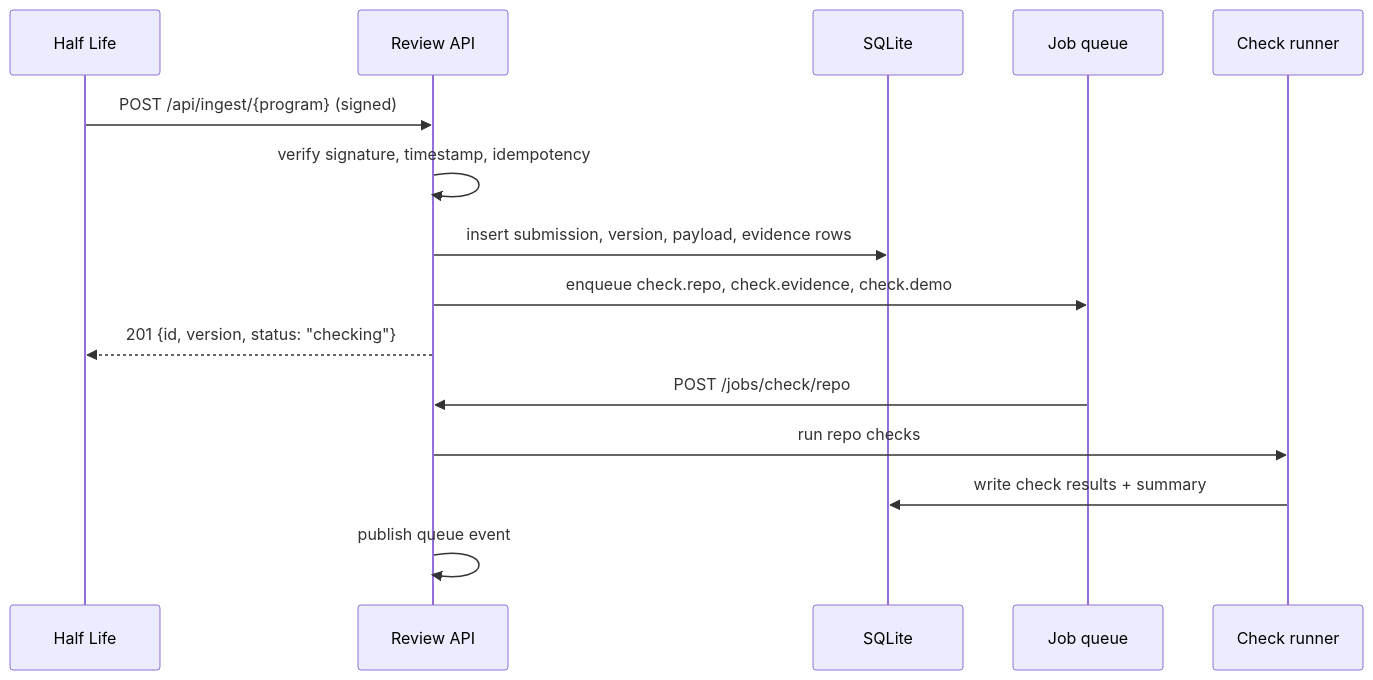
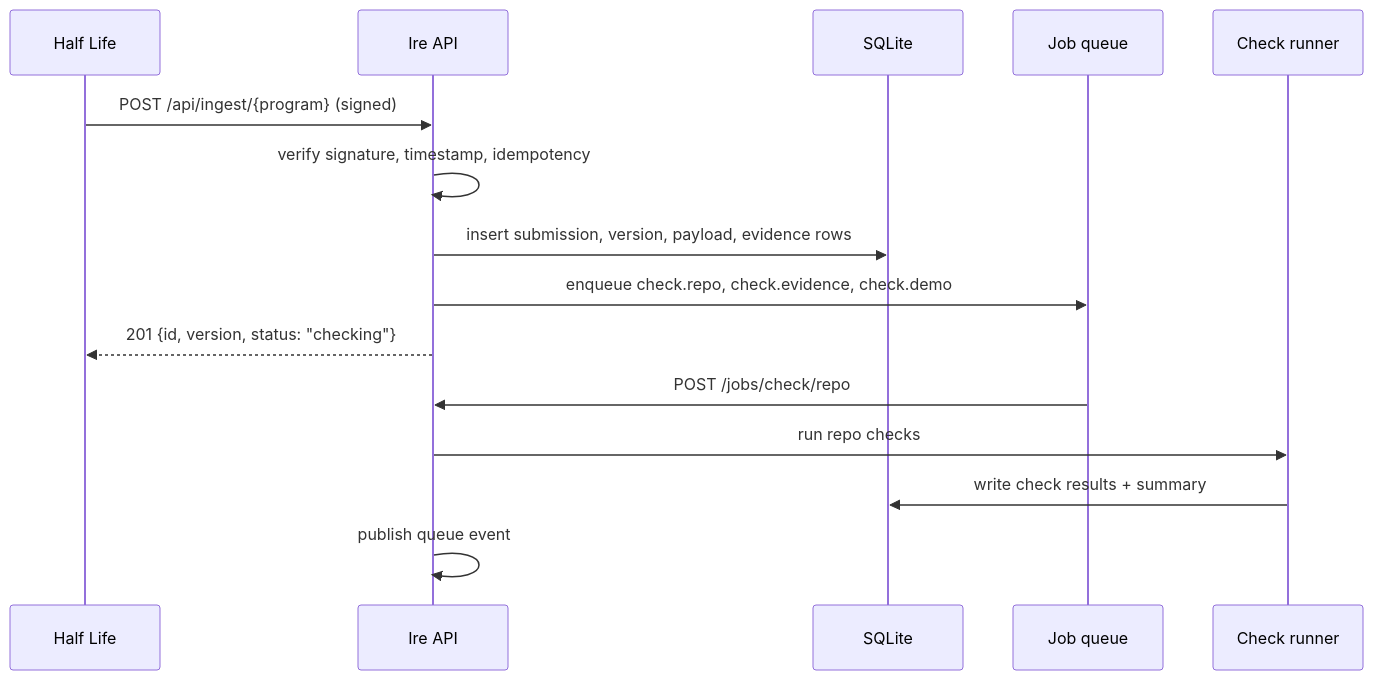
Before and after one commit to Heliodex/ire: the second of 3 diagrams in plan/02-architecture.md, drawn with Mermaid. The commit also changed other lines of this file and 96 other files, not shown here.

Commit message:
Rename Review to Ire (interactive review environment)

````diff
--- a/plan/02-architecture.md
+++ b/plan/02-architecture.md
@@ -202,18 +202,18 @@
 ```mermaid
 sequenceDiagram
     participant HL as Half Life
-    participant API as Review API
+    participant API as Ire API
     participant DB as SQLite
     participant Q as Job queue
     participant C as Check runner
 
     HL->>API: POST /api/ingest/{program} (signed)
     API->>API: verify signature, timestamp, idempotency
     API->>DB: insert submission, version, payload, evidence rows
     API->>Q: enqueue check.repo, check.evidence, check.demo
     API-->>HL: 201 {id, version, status: "checking"}
     Q->>API: POST /jobs/check/repo
     API->>C: run repo checks
     C->>DB: write check results + summary
     API->>API: publish queue event
 ```
````
